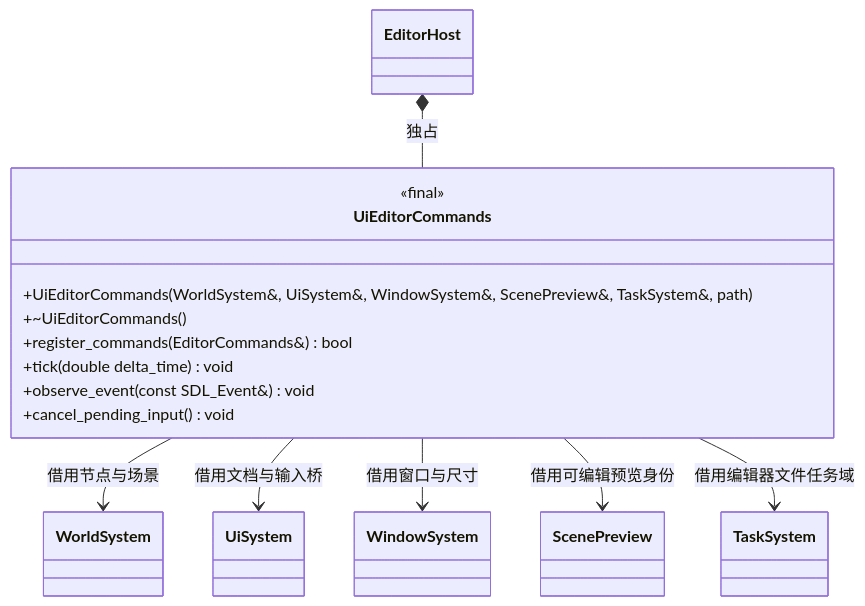
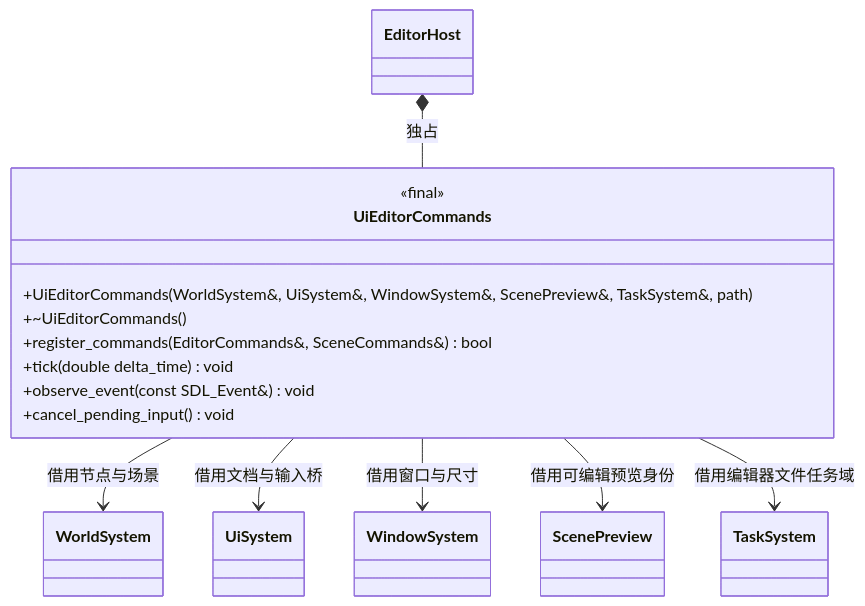
The first of 7 diagrams in docs/plugins/editor/class-diagrams/ui-editor.md (lcals/Engine), drawn with Mermaid before and after one commit. The commit also changed other lines of this file and 195 other files, not shown here.

````diff
--- a/docs/plugins/editor/class-diagrams/ui-editor.md
+++ b/docs/plugins/editor/class-diagrams/ui-editor.md
@@ -13,24 +13,24 @@
 ```mermaid
 classDiagram
     class UiEditorCommands {
         <<final>>
         +UiEditorCommands(WorldSystem&, UiSystem&, WindowSystem&, ScenePreview&, TaskSystem&, path)
         +~UiEditorCommands()
-        +register_commands(EditorCommands&) bool
+        +register_commands(EditorCommands&, SceneCommands&) bool
         +tick(double delta_time) void
         +observe_event(const SDL_Event&) void
         +cancel_pending_input() void
     }
     class EditorHost
     class WorldSystem
     class UiSystem
     class WindowSystem
     class ScenePreview
     class TaskSystem
     EditorHost *-- UiEditorCommands : 独占
     UiEditorCommands --> WorldSystem : 借用节点与场景
     UiEditorCommands --> UiSystem : 借用文档与输入桥
     UiEditorCommands --> WindowSystem : 借用窗口与尺寸
     UiEditorCommands --> ScenePreview : 借用可编辑预览身份
     UiEditorCommands --> TaskSystem : 借用编辑器文件任务域
 ```
````
